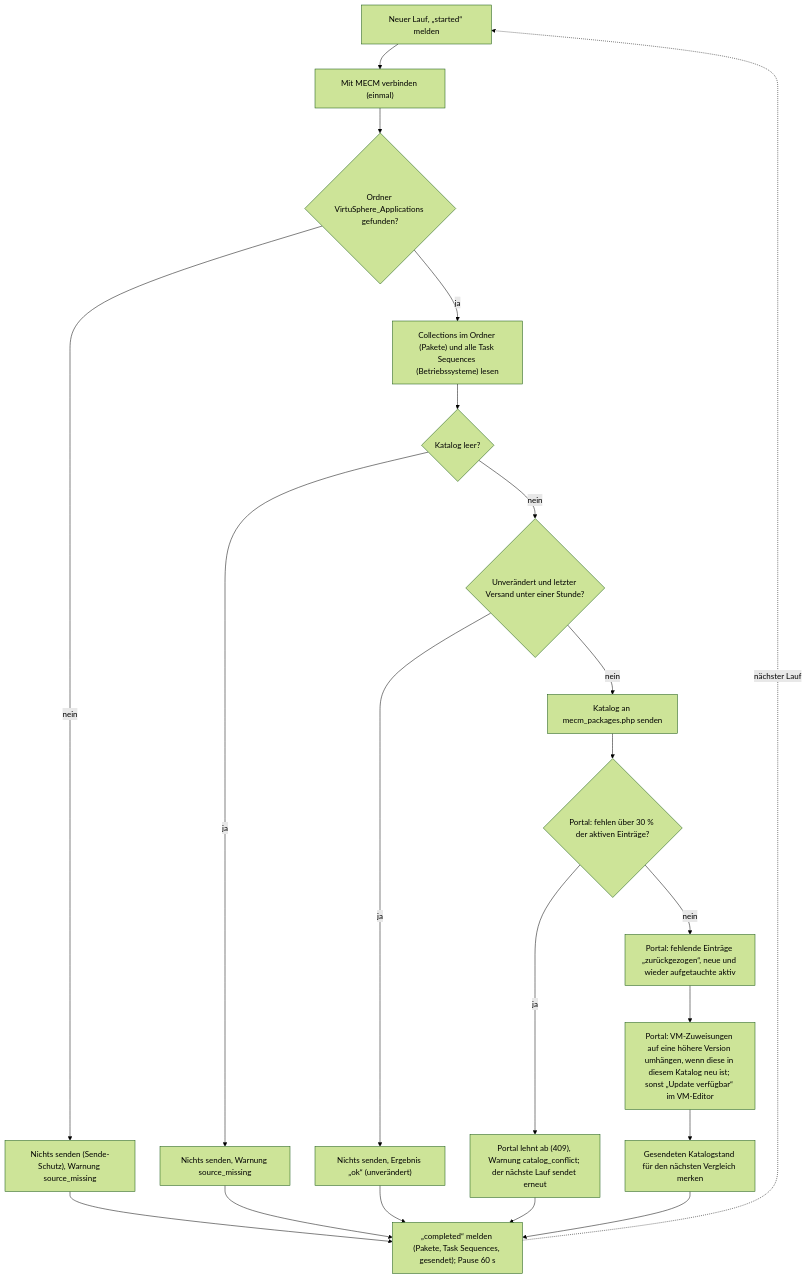
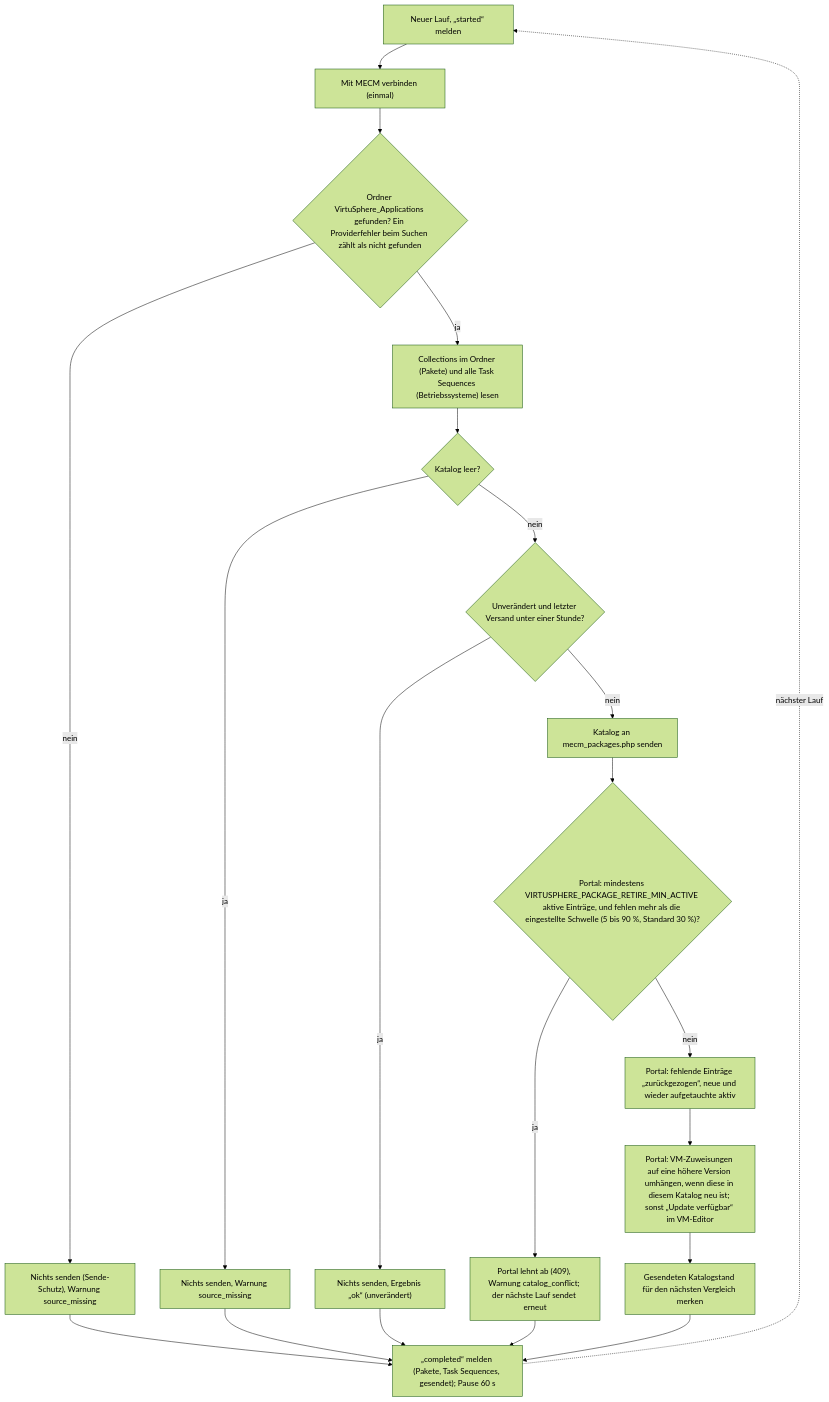
The third of 5 diagrams in docs/operations/mecm-scheduled-tasks.md (Samy94M/VirtuSphere-v2-WebApp), drawn with Mermaid (forest theme) before and after one commit. The commit also changed other lines of this file and 37 other files, not shown here.

First line of the commit message:
Align docs, help and diagrams with the code (FC3)

````diff
--- a/docs/operations/mecm-scheduled-tasks.md
+++ b/docs/operations/mecm-scheduled-tasks.md
@@ -82,19 +84,19 @@
 ```mermaid
 flowchart TD
   S["Neuer Lauf, „started“ melden"] --> M["Mit MECM verbinden (einmal)"]
-  M --> F{"Ordner VirtuSphere_Applications gefunden?"}
+  M --> F{"Ordner VirtuSphere_Applications gefunden? Ein Providerfehler beim Suchen zählt als nicht gefunden"}
   F -->|nein| F1["Nichts senden (Sende-Schutz), Warnung source_missing"] --> R
   F -->|ja| K["Collections im Ordner (Pakete) und alle Task Sequences (Betriebssysteme) lesen"]
   K --> E{"Katalog leer?"}
   E -->|ja| E1["Nichts senden, Warnung source_missing"] --> R
   E -->|nein| U{"Unverändert und letzter Versand unter einer Stunde?"}
   U -->|ja| U1["Nichts senden, Ergebnis „ok“ (unverändert)"] --> R
   U -->|nein| P["Katalog an mecm_packages.php senden"]
-  P --> T{"Portal: fehlen über 30 % der aktiven Einträge?"}
+  P --> T{"Portal: mindestens VIRTUSPHERE_PACKAGE_RETIRE_MIN_ACTIVE aktive Einträge, und fehlen mehr als die eingestellte Schwelle (5 bis 90 %, Standard 30 %)?"}
   T -->|ja| T1["Portal lehnt ab (409), Warnung catalog_conflict; der nächste Lauf sendet erneut"] --> R
   T -->|nein| RT["Portal: fehlende Einträge „zurückgezogen“, neue und wieder aufgetauchte aktiv"]
   RT --> RL["Portal: VM-Zuweisungen auf eine höhere Version umhängen, wenn diese in diesem Katalog neu ist; sonst „Update verfügbar“ im VM-Editor"]
   RL --> H["Gesendeten Katalogstand für den nächsten Vergleich merken"]
   H --> R["„completed“ melden (Pakete, Task Sequences, gesendet); Pause 60 s"]
   R -.->|nächster Lauf| S
 ```
````
